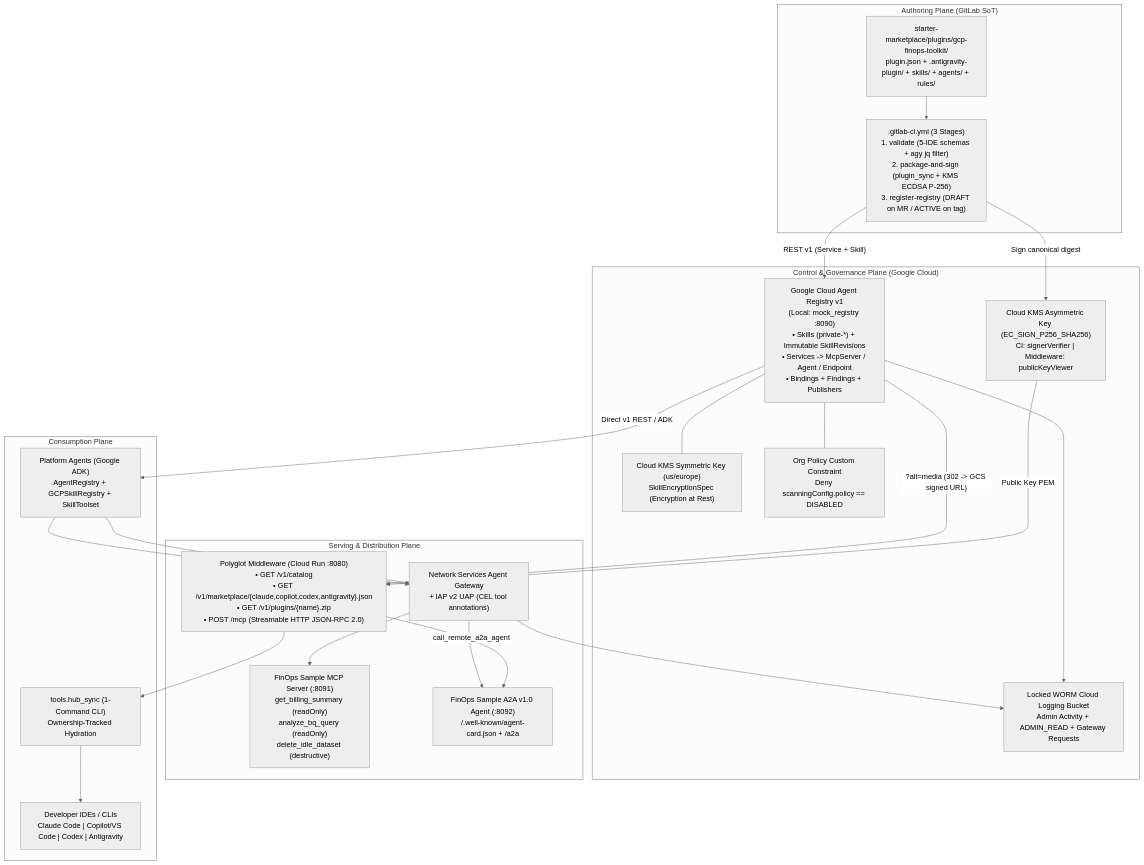
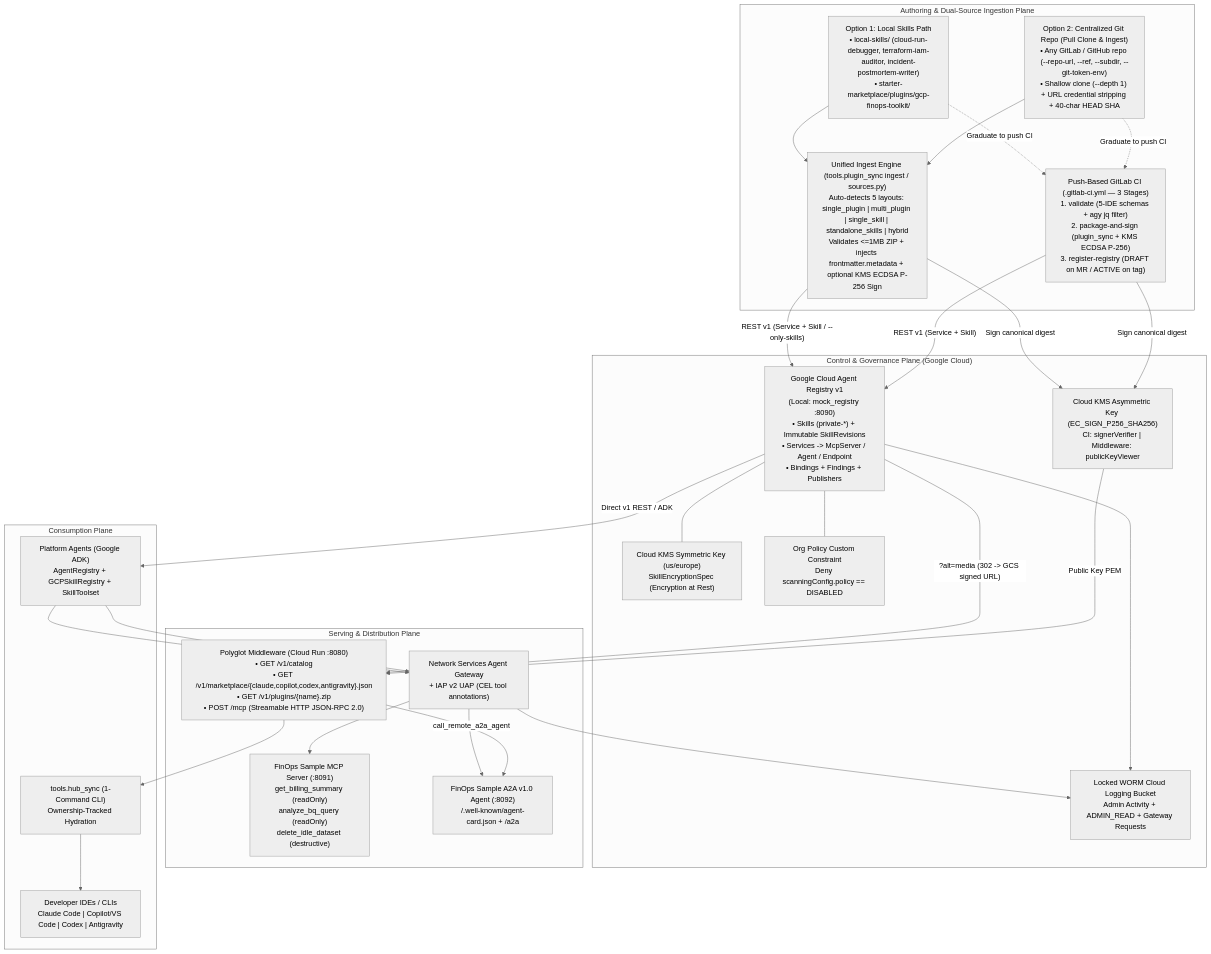
One commit to jiratouchmhp/agent-registry-marketplace-workshop changed the first of 5 diagrams in docs/architecture.md. Above: the diagram before and after it, drawn with Mermaid (neutral theme). The commit also changed other lines of this file and 23 other files, not shown here.

Commit message:
Add dual skill source ingestion (Option 1: local skills + Option 2: Git repo clone & ingest)

````diff
--- a/docs/architecture.md
+++ b/docs/architecture.md
@@ -9,43 +9,50 @@
 ```mermaid
 flowchart TB
-    subgraph DevAuthor["Authoring Plane (GitLab SoT)"]
-        REPO["starter-marketplace/plugins/gcp-finops-toolkit/<br/>plugin.json + .antigravity-plugin/ + skills/ + agents/ + rules/"]
-        PIPE[".gitlab-ci.yml (3 Stages)<br/>1. validate (5-IDE schemas + agy jq filter)<br/>2. package-and-sign (plugin_sync + KMS ECDSA P-256)<br/>3. register-registry (DRAFT on MR / ACTIVE on tag)"]
-        REPO --> PIPE
+    subgraph DevAuthor["Authoring & Dual-Source Ingestion Plane"]
+        OPT1["Option 1: Local Skills Path<br/>• local-skills/ (cloud-run-debugger, terraform-iam-auditor, incident-postmortem-writer)<br/>• starter-marketplace/plugins/gcp-finops-toolkit/"]
+        OPT2["Option 2: Centralized Git Repo (Pull Clone & Ingest)<br/>• Any GitLab / GitHub repo (--repo-url, --ref, --subdir, --git-token-env)<br/>• Shallow clone (--depth 1) + URL credential stripping + 40-char HEAD SHA"]
+        INGEST["Unified Ingest Engine (tools.plugin_sync ingest / sources.py)<br/>Auto-detects 5 layouts: single_plugin | multi_plugin | single_skill | standalone_skills | hybrid<br/>Validates <=1MB ZIP + injects frontmatter.metadata + optional KMS ECDSA P-256 Sign"]
+        PIPE["Push-Based GitLab CI (.gitlab-ci.yml — 3 Stages)<br/>1. validate (5-IDE schemas + agy jq filter)<br/>2. package-and-sign (plugin_sync + KMS ECDSA P-256)<br/>3. register-registry (DRAFT on MR / ACTIVE on tag)"]
+        OPT1 --> INGEST
+        OPT2 --> INGEST
+        OPT1 -.->|"Graduate to push CI"| PIPE
+        OPT2 -.->|"Graduate to push CI"| PIPE
     end
 
     subgraph GCPControl["Control & Governance Plane (Google Cloud)"]
         AR["Google Cloud Agent Registry v1<br/>(Local: mock_registry :8090)<br/>• Skills (private-*) + Immutable SkillRevisions<br/>• Services -> McpServer / Agent / Endpoint<br/>• Bindings + Findings + Publishers"]
         KMS_CMEK["Cloud KMS Symmetric Key (us/europe)<br/>SkillEncryptionSpec (Encryption at Rest)"]
         KMS_SIGN["Cloud KMS Asymmetric Key (EC_SIGN_P256_SHA256)<br/>CI: signerVerifier | Middleware: publicKeyViewer"]
         ORGPOL["Org Policy Custom Constraint<br/>Deny scanningConfig.policy == DISABLED"]
         AUDIT["Locked WORM Cloud Logging Bucket<br/>Admin Activity + ADMIN_READ + Gateway Requests"]
         AR --- KMS_CMEK
         AR --- ORGPOL
         AR --> AUDIT
     end
 
     subgraph RuntimeServe["Serving & Distribution Plane"]
         MW["Polyglot Middleware (Cloud Run :8080)<br/>• GET /v1/catalog<br/>• GET /v1/marketplace/{claude,copilot,codex,antigravity}.json<br/>• GET /v1/plugins/{name}.zip<br/>• POST /mcp (Streamable HTTP JSON-RPC 2.0)"]
         MCP_S["FinOps Sample MCP Server (:8091)<br/>get_billing_summary (readOnly)<br/>analyze_bq_query (readOnly)<br/>delete_idle_dataset (destructive)"]
         A2A_S["FinOps Sample A2A v1.0 Agent (:8092)<br/>/.well-known/agent-card.json + /a2a"]
         GW["Network Services Agent Gateway<br/>+ IAP v2 UAP (CEL tool annotations)"]
     end
 
     subgraph Consumers["Consumption Plane"]
         HUB["tools.hub_sync (1-Command CLI)<br/>Ownership-Tracked Hydration"]
         IDES["Developer IDEs / CLIs<br/>Claude Code | Copilot/VS Code | Codex | Antigravity"]
         ADK["Platform Agents (Google ADK)<br/>AgentRegistry + GCPSkillRegistry + SkillToolset"]
     end
 
+    INGEST -->|"Sign canonical digest"| KMS_SIGN
+    INGEST -->|"REST v1 (Service + Skill / --only-skills)"| AR
     PIPE -->|"Sign canonical digest"| KMS_SIGN
     PIPE -->|"REST v1 (Service + Skill)"| AR
     AR -->|"?alt=media (302 -> GCS signed URL)"| MW
     KMS_SIGN -->|"Public Key PEM"| MW
     MW --> HUB --> IDES
     AR -->|"Direct v1 REST / ADK"| ADK
     ADK --> GW --> MCP_S
     ADK --> GW --> A2A_S
     MW -->|"call_remote_a2a_agent"| A2A_S
     GW --> AUDIT
 ```
````
